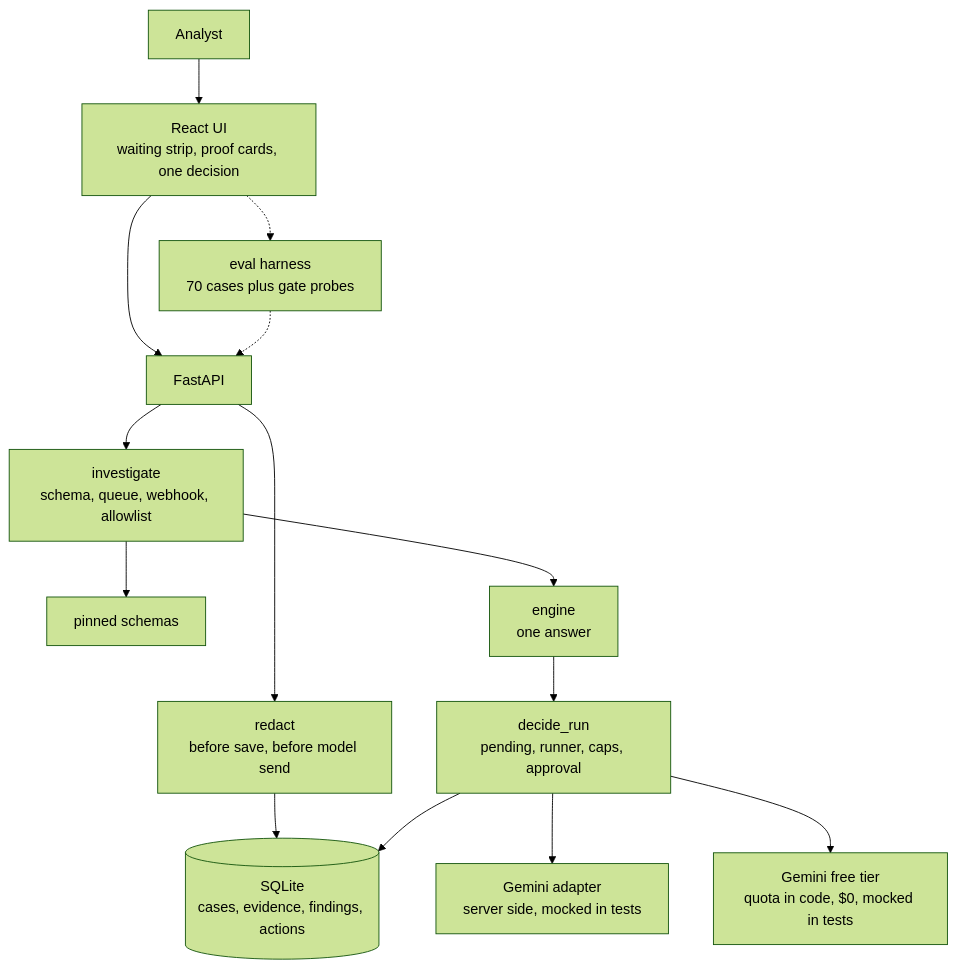
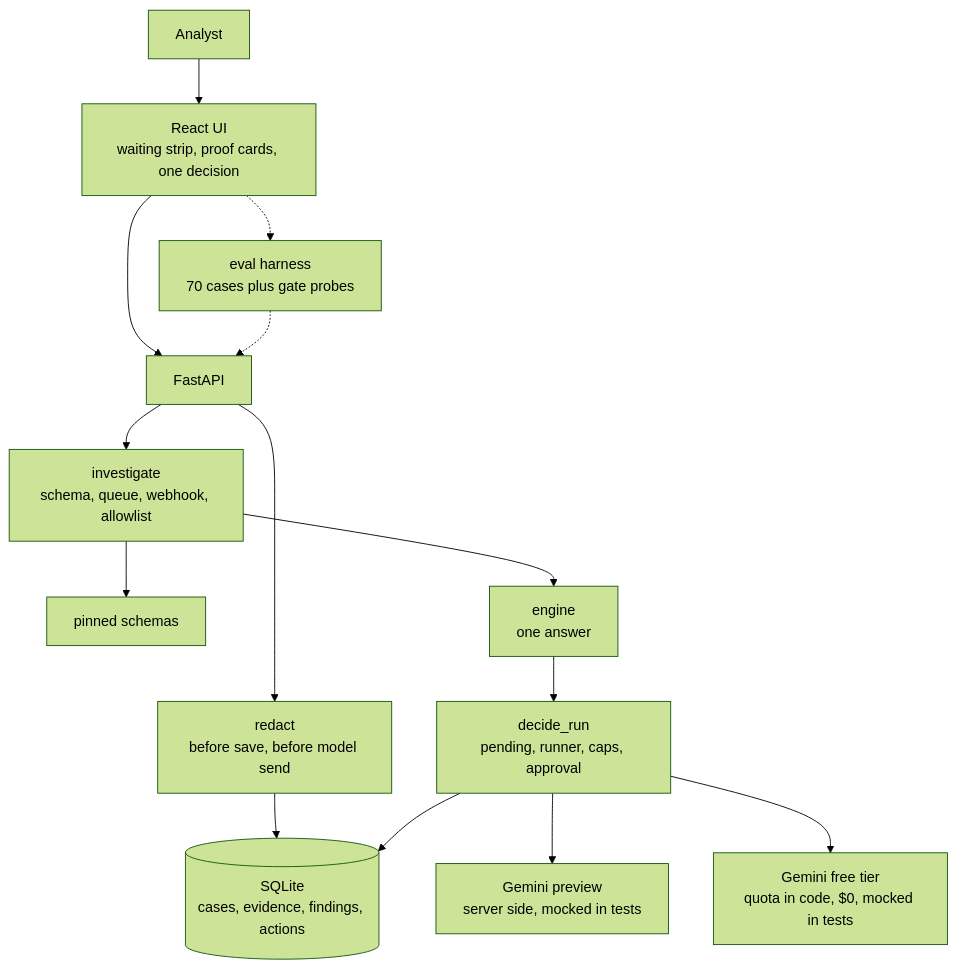
One commit to sivaratrisrinivas/fal-request-rescue changed the diagram in README.md. Above: the diagram before and after it, drawn with Mermaid (forest theme). The commit also changed other lines of this file and 11 other files, not shown here.

First line of the commit message:
fix: import redaction, webhook states, preview labels, server-owned status gate

````diff
--- a/README.md
+++ b/README.md
@@ -95,16 +99,16 @@
 ```mermaid
 flowchart TD
     A[Analyst] --> UI[React UI<br/>waiting strip, proof cards, one decision]
     UI --> API[FastAPI]
     API --> R[redact<br/>before save, before model send]
     R --> DB[(SQLite<br/>cases, evidence, findings, actions)]
     API --> I[investigate<br/>schema, queue, webhook, allowlist]
     I --> SCH[pinned schemas]
     I --> E[engine<br/>one answer]
     E --> P[decide_run<br/>pending, runner, caps, approval]
-    P --> O[Gemini adapter<br/>server side, mocked in tests]
+    P --> O[Gemini preview<br/>server side, mocked in tests]
     P --> F[Gemini free tier<br/>quota in code, $0, mocked in tests]
     P --> DB
     UI -.-> EV[eval harness<br/>70 cases plus gate probes]
     EV -.-> API
 ```
````
